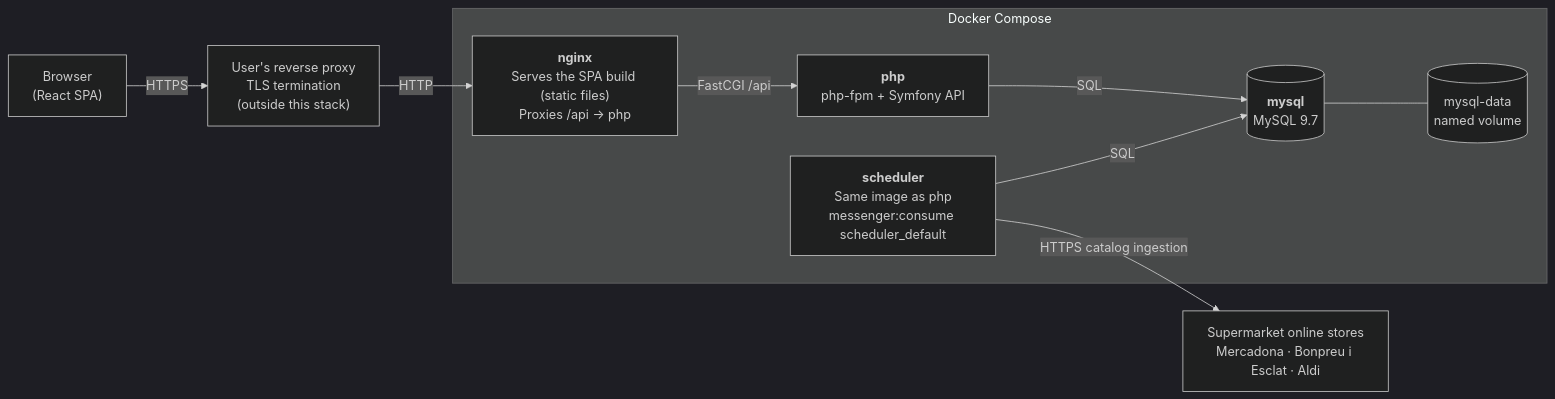
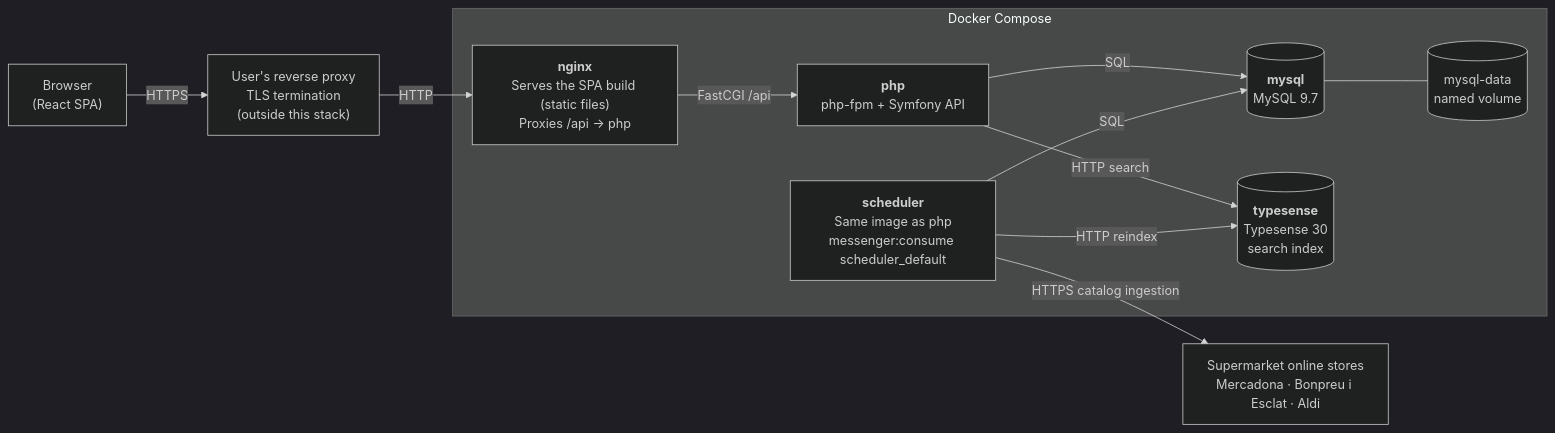
One commit to joeljoanlopez/jolo-market changed the third of 3 diagrams in docs/architecture.md. Above: the diagram before and after it, drawn with Mermaid (dark theme). The commit also changed other lines of this file and 3 other files, not shown here.

First line of the commit message:
docs: document the Typesense search, its dictionary and make reindex (E16.14)

````diff
--- a/docs/architecture.md
+++ b/docs/architecture.md
@@ -786,23 +798,26 @@
 ```mermaid
 flowchart LR
     browser["Browser<br/>(React SPA)"]
     proxy["User's reverse proxy<br/>TLS termination<br/>(outside this stack)"]
 
     subgraph compose["Docker Compose"]
         nginx["<b>nginx</b><br/>Serves the SPA build (static files)<br/>Proxies /api → php"]
         php["<b>php</b><br/>php-fpm + Symfony API"]
         scheduler["<b>scheduler</b><br/>Same image as php<br/>messenger:consume scheduler_default"]
         mysql[("<b>mysql</b><br/>MySQL 9.7")]
         volume[("mysql-data<br/>named volume")]
+        typesense[("<b>typesense</b><br/>Typesense 30<br/>search index")]
     end
 
     stores["Supermarket online stores<br/>Mercadona · Bonpreu i Esclat · Aldi"]
 
     browser -->|HTTPS| proxy
     proxy -->|HTTP| nginx
     nginx -->|FastCGI /api| php
     php -->|SQL| mysql
     scheduler -->|SQL| mysql
+    php -->|HTTP search| typesense
+    scheduler -->|HTTP reindex| typesense
     scheduler -->|HTTPS catalog ingestion| stores
     mysql --- volume
 ```
````
